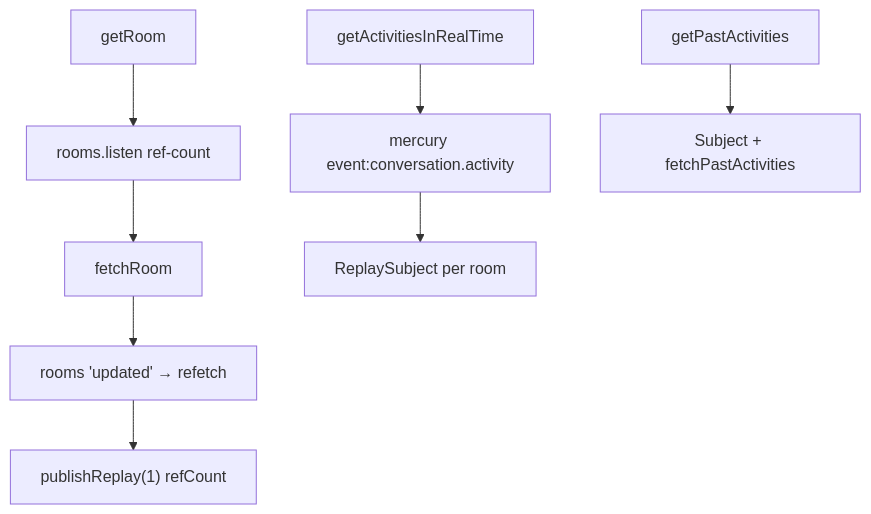
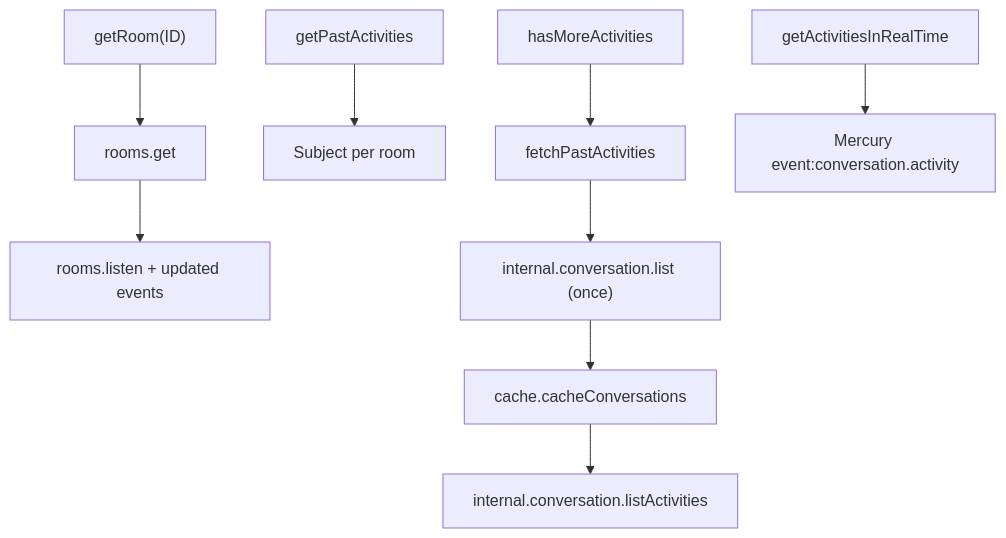
The first of 6 diagrams in src/ai-docs/rooms-sdk-adapter-spec.md (webex/sdk-component-adapter), drawn with Mermaid before and after one commit. The commit also changed other lines of this file and 13 other files, not shown here.

````diff
--- a/src/ai-docs/rooms-sdk-adapter-spec.md
+++ b/src/ai-docs/rooms-sdk-adapter-spec.md
@@ -108,10 +104,11 @@
 ```mermaid
 flowchart TD
-  getRoom --> listen["rooms.listen ref-count"]
-  listen --> fetch["fetchRoom"]
-  fetch --> upd["rooms 'updated' → refetch"]
-  upd --> pr["publishReplay(1) refCount"]
-  realtime["getActivitiesInRealTime"] --> mercury["mercury event:conversation.activity"]
-  mercury --> RS["ReplaySubject per room"]
-  past["getPastActivities"] --> subject["Subject + fetchPastActivities"]
+  getRoom["getRoom(ID)"] --> fetch["rooms.get"]
+  fetch --> listen["rooms.listen + updated events"]
+  past["getPastActivities"] --> subject["Subject per room"]
+  hasMore["hasMoreActivities"] --> fetchPast["fetchPastActivities"]
+  fetchPast --> convList["internal.conversation.list (once)"]
+  convList --> cacheConv["cache.cacheConversations"]
+  cacheConv --> listAct["internal.conversation.listActivities"]
+  realtime["getActivitiesInRealTime"] --> mercury["Mercury event:conversation.activity"]
 ```
````
